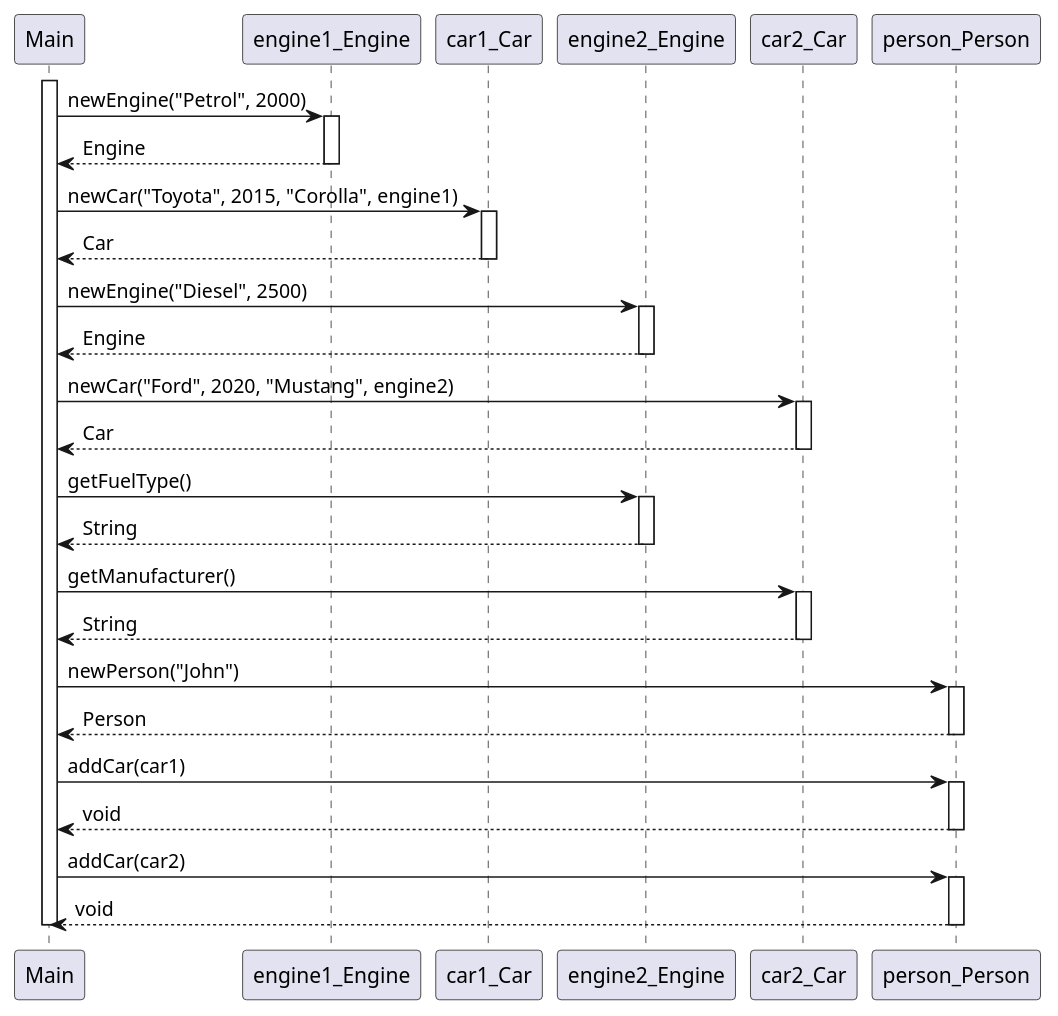
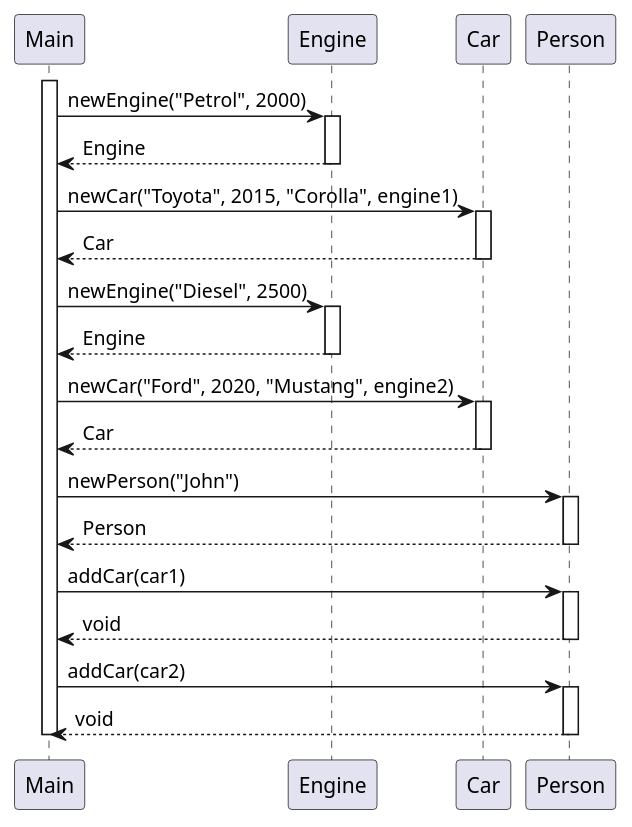
Before and after one commit to nirbelelti/program_analysis_final_project: the diagram in Diagrams/MySequenceDiagram.puml, drawn with PlantUML. The commit also changed 1 other file, not shown here.

```diff
--- a/Diagrams/MySequenceDiagram.puml
+++ b/Diagrams/MySequenceDiagram.puml
@@ -1,40 +1,32 @@
 @startuml
 activate Main
-Main -> engine1_Engine : newEngine("Petrol", 2000)
-activate engine1_Engine
-engine1_Engine --> Main : Engine
-deactivate engine1_Engine
-Main -> car1_Car : newCar("Toyota", 2015, "Corolla", engine1)
-activate car1_Car
-car1_Car --> Main : Car
-deactivate car1_Car
-Main -> engine2_Engine : newEngine("Diesel", 2500)
-activate engine2_Engine
-engine2_Engine --> Main : Engine
-deactivate engine2_Engine
-Main -> car2_Car : newCar("Ford", 2020, "Mustang", engine2)
-activate car2_Car
-car2_Car --> Main : Car
-deactivate car2_Car
-Main -> engine2_Engine : getFuelType()
-activate engine2_Engine
-engine2_Engine --> Main : String
-deactivate engine2_Engine
-Main -> car2_Car : getManufacturer()
-activate car2_Car
-car2_Car --> Main : String
-deactivate car2_Car
-Main -> person_Person : newPerson("John")
-activate person_Person
-person_Person --> Main : Person
-deactivate person_Person
-Main -> person_Person : addCar(car1)
-activate person_Person
-person_Person --> Main : void
-deactivate person_Person
-Main -> person_Person : addCar(car2)
-activate person_Person
-person_Person --> Main : void
-deactivate person_Person
+Main -> Engine : newEngine("Petrol", 2000)
+activate Engine
+Engine --> Main : Engine
+deactivate Engine
+Main -> Car : newCar("Toyota", 2015, "Corolla", engine1)
+activate Car
+Car --> Main : Car
+deactivate Car
+Main -> Engine : newEngine("Diesel", 2500)
+activate Engine
+Engine --> Main : Engine
+deactivate Engine
+Main -> Car : newCar("Ford", 2020, "Mustang", engine2)
+activate Car
+Car --> Main : Car
+deactivate Car
+Main -> Person : newPerson("John")
+activate Person
+Person --> Main : Person
+deactivate Person
+Main -> Person : addCar(car1)
+activate Person
+Person --> Main : void
+deactivate Person
+Main -> Person : addCar(car2)
+activate Person
+Person --> Main : void
+deactivate Person
 deactivate Main
 @enduml
```
